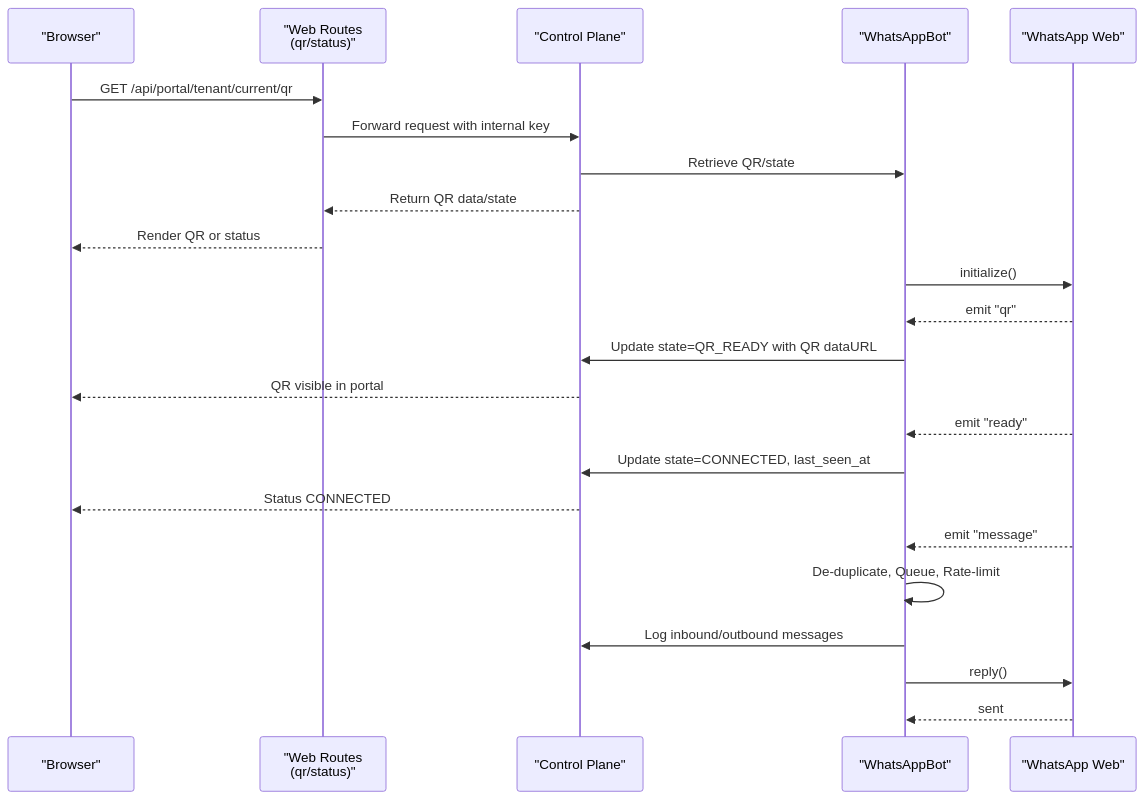
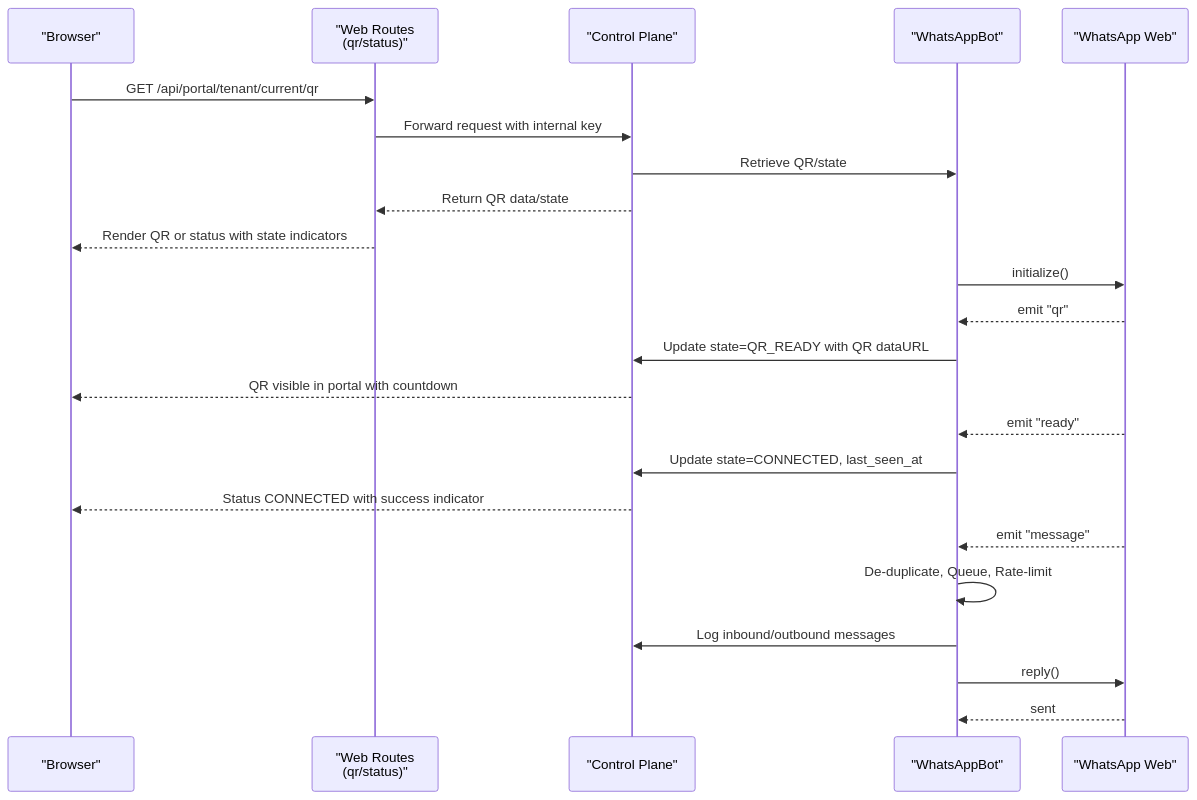
The second of 8 diagrams in .qoder/repowiki/en/content/WhatsApp Integration/WhatsApp Integration.md (askchiwa-spec/FLOW-HQ-BOT), drawn with Mermaid before and after one commit. The commit also changed other lines of this file and 69 other files, not shown here.

````diff
--- a/.qoder/repowiki/en/content/WhatsApp Integration/WhatsApp Integration.md
+++ b/.qoder/repowiki/en/content/WhatsApp Integration/WhatsApp Integration.md
@@ -117,25 +133,25 @@
 ```mermaid
 sequenceDiagram
 participant Browser as "Browser"
 participant Web as "Web Routes<br/>(qr/status)"
 participant Control as "Control Plane"
 participant Worker as "WhatsAppBot"
 participant WA as "WhatsApp Web"
 Browser->>Web : GET /api/portal/tenant/current/qr
 Web->>Control : Forward request with internal key
 Control->>Worker : Retrieve QR/state
 Control-->>Web : Return QR data/state
-Web-->>Browser : Render QR or status
+Web-->>Browser : Render QR or status with state indicators
 Worker->>WA : initialize()
 WA-->>Worker : emit "qr"
 Worker->>Control : Update state=QR_READY with QR dataURL
-Control-->>Browser : QR visible in portal
+Control-->>Browser : QR visible in portal with countdown
 WA-->>Worker : emit "ready"
 Worker->>Control : Update state=CONNECTED, last_seen_at
-Control-->>Browser : Status CONNECTED
+Control-->>Browser : Status CONNECTED with success indicator
 WA-->>Worker : emit "message"
 Worker->>Worker : De-duplicate, Queue, Rate-limit
 Worker->>Control : Log inbound/outbound messages
 Worker->>WA : reply()
 WA-->>Worker : sent
 ```
````
